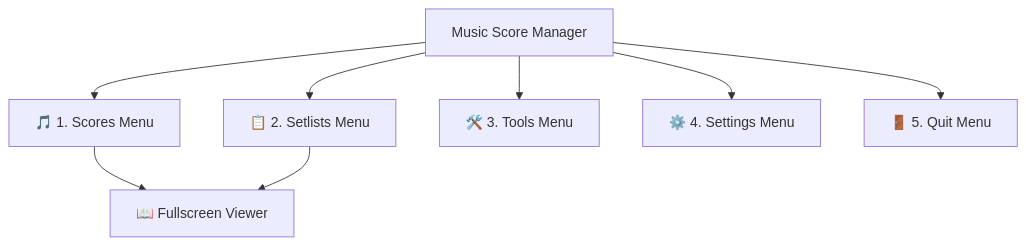
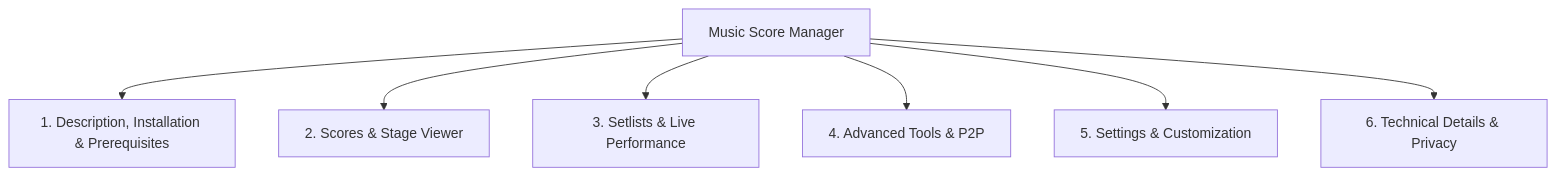
One commit to Audiothor/MusicScoreManager changed the diagram in docs/index.en.md. Above: the diagram before and after it, drawn with Mermaid. The commit also changed other lines of this file and 12 other files, not shown here.

````diff
--- a/docs/index.en.md
+++ b/docs/index.en.md
@@ -11,10 +11,9 @@
 ```mermaid
 graph TD
-    A[Music Score Manager] --> B[🎵 1. Scores Menu]
-    A --> C[📋 2. Setlists Menu]
-    A --> D[🛠️ 3. Tools Menu]
-    A --> E[⚙️ 4. Settings Menu]
-    A --> F[🚪 5. Quit Menu]
-    B --> G[📖 Fullscreen Viewer]
-    C --> G
+    A[Music Score Manager] --> C1[1. Description, Installation & Prerequisites]
+    A --> C2[2. Scores & Stage Viewer]
+    A --> C3[3. Setlists & Live Performance]
+    A --> C4[4. Advanced Tools & P2P]
+    A --> C5[5. Settings & Customization]
+    A --> C6[6. Technical Details & Privacy]
 ```
````
